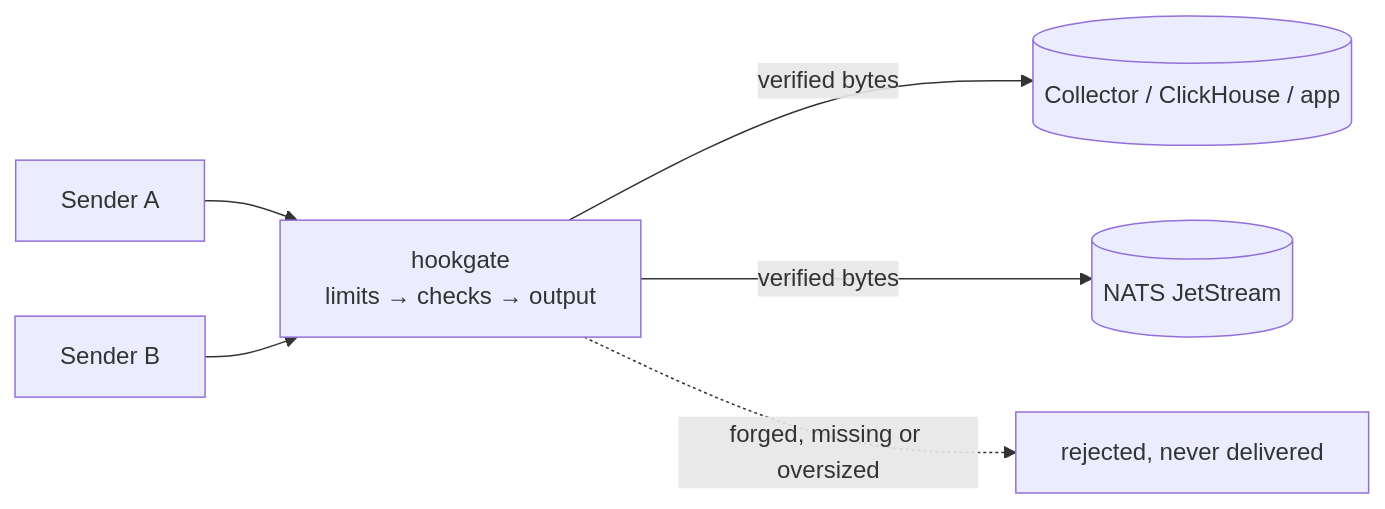
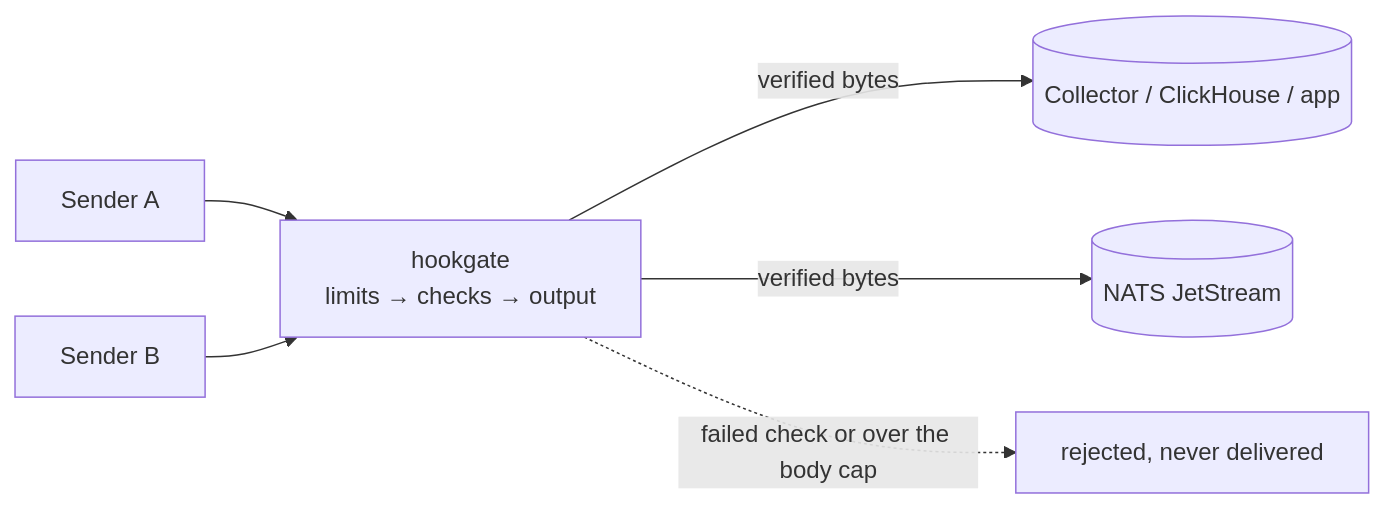
Before and after one commit to mrrobertkent/hookgate: the diagram in README.md, drawn with Mermaid. The commit also changed other lines of this file and 1 other file, not shown here.

Commit message:
Docs: body cap in the request flow; what the contract version covers (#60)
- README: the request-flow diagram and step 2 name the per-source `max_body_bytes` cap instead of "oversized" and say it is abuse protection; with the JetStream output a body within the cap is published inline, or through the claim check when it is over `inline_max_bytes`.
- docs/contract.md: the `Hookgate-Contract` version covers the message format, including dead-letter and replay records; the relay's handler interface (command inputs and exit codes, HTTP mapping) follows `hookgate-relay`'s release version.

````diff
--- a/README.md
+++ b/README.md
@@ -37,8 +37,8 @@
 ```mermaid
 flowchart LR
     A[Sender A] --> G
     B[Sender B] --> G
     G[hookgate<br/>limits → checks → output] -->|verified bytes| U[(Collector / ClickHouse / app)]
     G -->|verified bytes| J[(NATS JetStream)]
-    G -.->|forged, missing or oversized| X[rejected, never delivered]
+    G -.->|failed check or over the body cap| X[rejected, never delivered]
 ```
````
